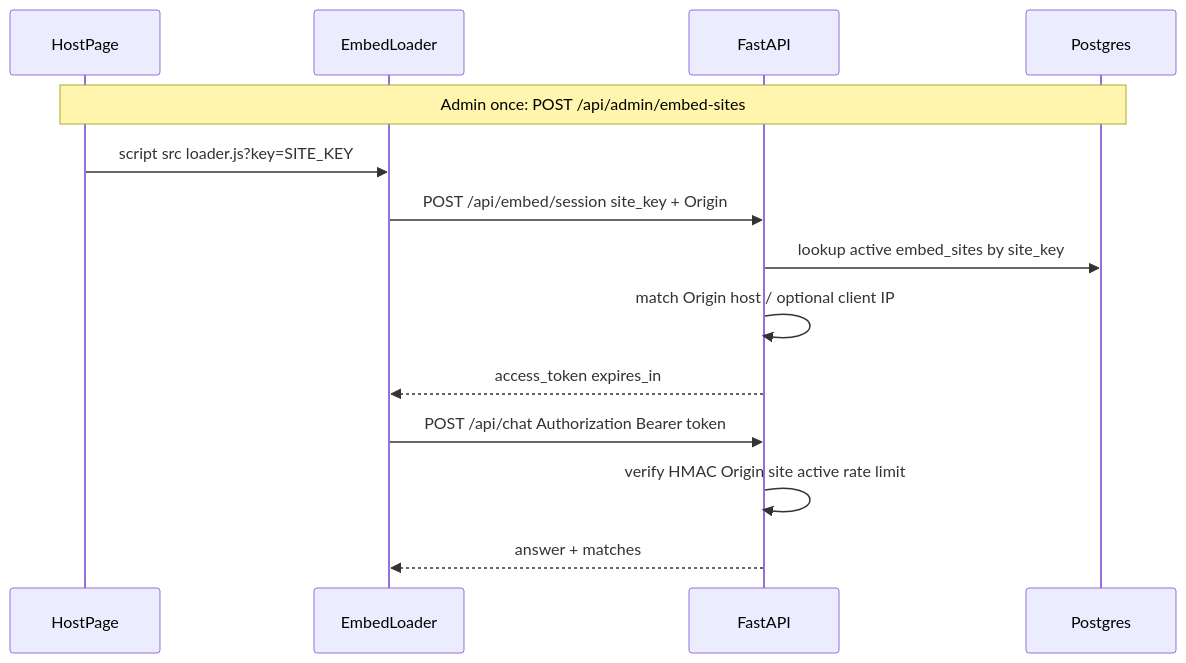
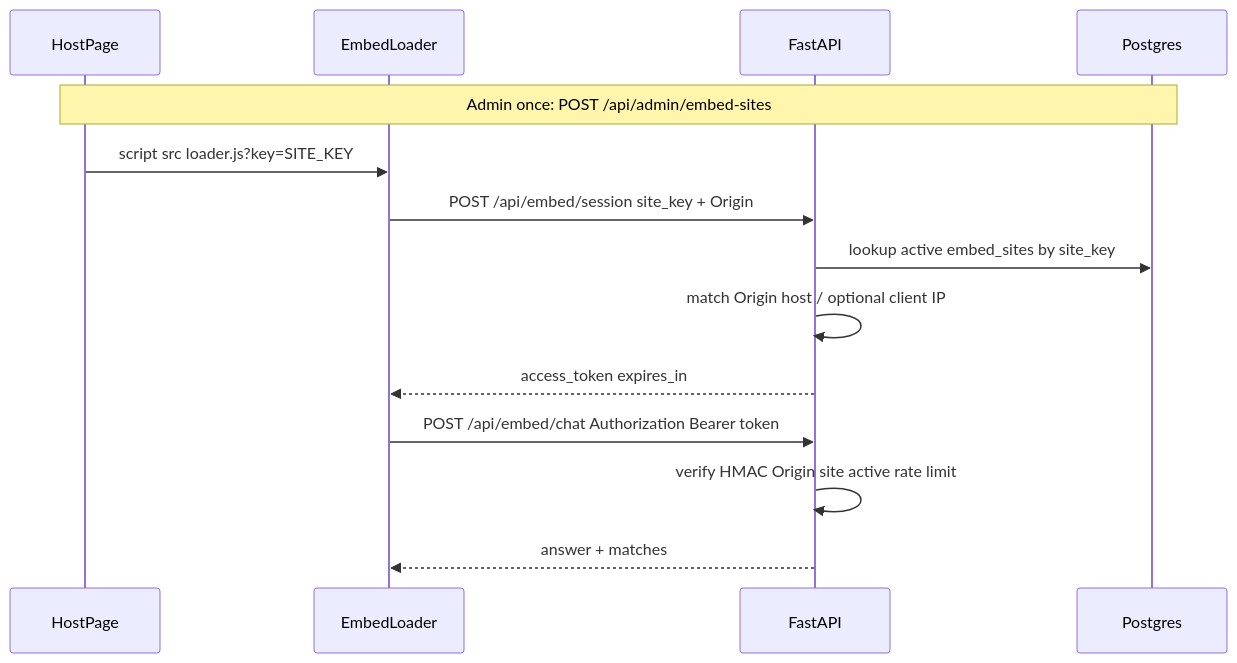
One commit to snray24/aiCVchat changed the diagram in embed/ABUSE_PROTECTION.md. Above: the diagram before and after it, drawn with Mermaid. The commit also changed other lines of this file and 16 other files, not shown here.

````diff
--- a/embed/ABUSE_PROTECTION.md
+++ b/embed/ABUSE_PROTECTION.md
@@ -88,17 +98,17 @@
 ```mermaid
 sequenceDiagram
   participant Page as HostPage
   participant Loader as EmbedLoader
   participant API as FastAPI
   participant DB as Postgres
 
   Note over Page,DB: Admin once: POST /api/admin/embed-sites
   Page->>Loader: script src loader.js?key=SITE_KEY
   Loader->>API: POST /api/embed/session site_key + Origin
   API->>DB: lookup active embed_sites by site_key
   API->>API: match Origin host / optional client IP
   API-->>Loader: access_token expires_in
-  Loader->>API: POST /api/chat Authorization Bearer token
+  Loader->>API: POST /api/embed/chat Authorization Bearer token
   API->>API: verify HMAC Origin site active rate limit
   API-->>Loader: answer + matches
 ```
````
